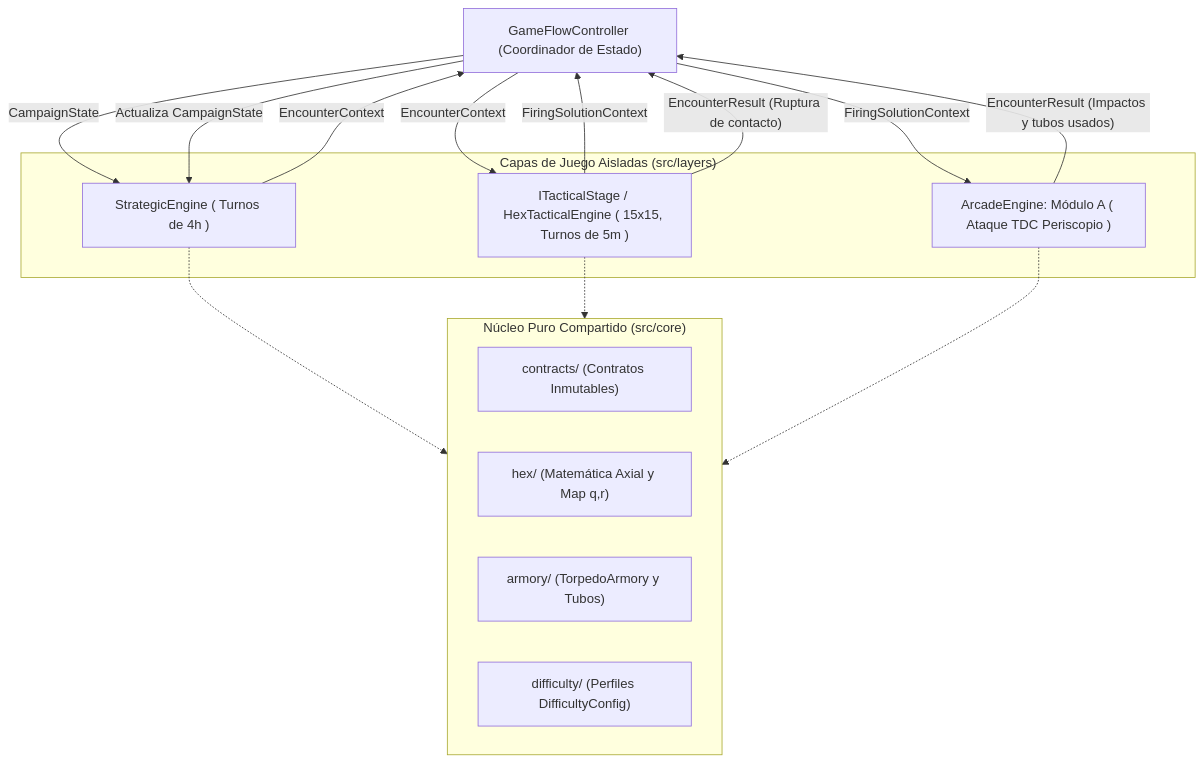
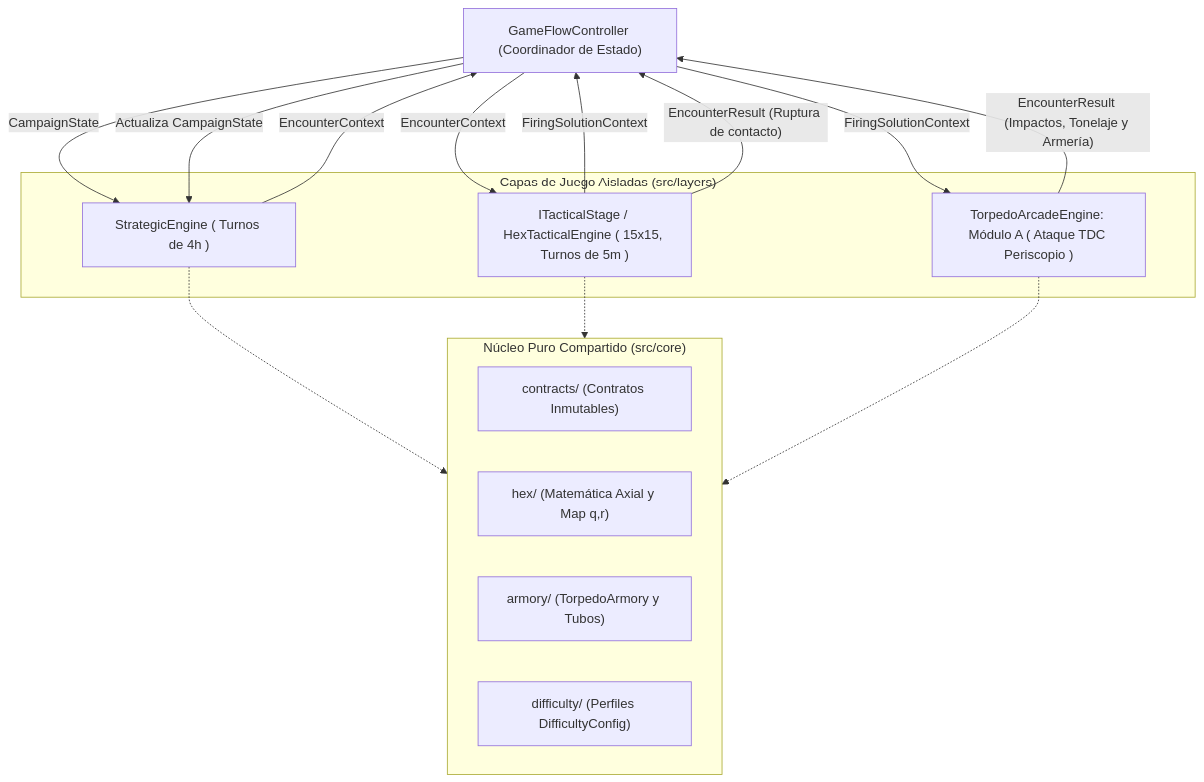
One commit to rcruz63/deepsea-agy changed the diagram in docs/ARCHITECTURE.md. Above: the diagram before and after it, drawn with Mermaid. The commit also changed other lines of this file and 25 other files, not shown here.

Commit message:
feat(arcade-torpedo): implement milestone 1.4 periscope TDC, torpedo physics, and close phase 1

````diff
--- a/docs/ARCHITECTURE.md
+++ b/docs/ARCHITECTURE.md
@@ -15,30 +15,30 @@
 ```mermaid
 flowchart TD
     GFC["GameFlowController (Coordinador de Estado)"]
 
     subgraph Core["Núcleo Puro Compartido (src/core)"]
         Contracts["contracts/ (Contratos Inmutables)"]
         Hex["hex/ (Matemática Axial y Map q,r)"]
         Armory["armory/ (TorpedoArmory y Tubos)"]
         Diff["difficulty/ (Perfiles DifficultyConfig)"]
     end
 
     subgraph Layers["Capas de Juego Aisladas (src/layers)"]
         Strategic["StrategicEngine ( Turnos de 4h )"]
         Tactical["ITacticalStage / HexTacticalEngine ( 15x15, Turnos de 5m )"]
-        ArcadeTorp["ArcadeEngine: Módulo A ( Ataque TDC Periscopio )"]
+        ArcadeTorp["TorpedoArcadeEngine: Módulo A ( Ataque TDC Periscopio )"]
     end
 
     GFC -->|"CampaignState"| Strategic
     Strategic -->|"EncounterContext"| GFC
     GFC -->|"EncounterContext"| Tactical
     Tactical -->|"FiringSolutionContext"| GFC
     GFC -->|"FiringSolutionContext"| ArcadeTorp
     Tactical -->|"EncounterResult (Ruptura de contacto)"| GFC
-    ArcadeTorp -->|"EncounterResult (Impactos y tubos usados)"| GFC
+    ArcadeTorp -->|"EncounterResult (Impactos, Tonelaje y Armería)"| GFC
     GFC -->|"Actualiza CampaignState"| Strategic
 
     Strategic -.-> Core
     Tactical -.-> Core
     ArcadeTorp -.-> Core
 ```
````
